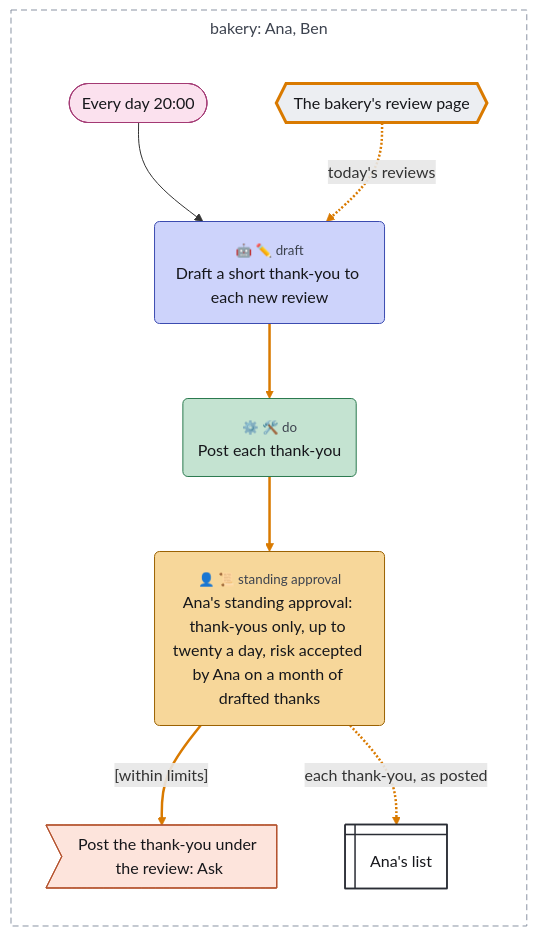
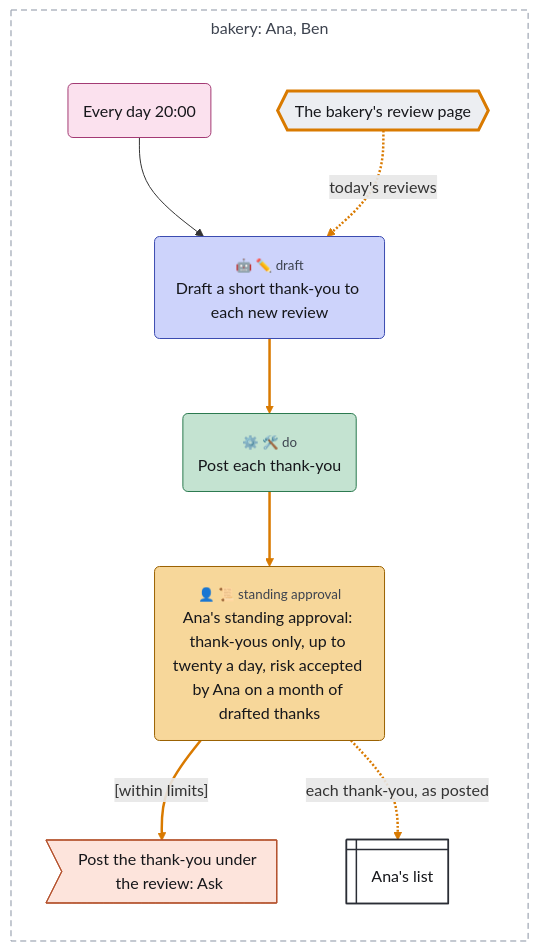
Before and after one commit to chrismdp/awml: the diagram in examples/tour/17-untrusted-risk-accepted.mmd, drawn with Mermaid. The commit also changed 91 other files, not shown here.

```diff
--- a/examples/tour/17-untrusted-risk-accepted.mmd
+++ b/examples/tour/17-untrusted-risk-accepted.mmd
@@ -1,49 +1,49 @@
 ---
 config:
   theme: default
   fontFamily: Inter, sans-serif
   flowchart:
     useMaxWidth: false
     subGraphTitleMargin:
       top: 6
       bottom: 30
 ---
 flowchart TB
   subgraph bakery["bakery#58; Ana#44; Ben"]
     direction TB
-    evening(["Every day 20#58;00"])
+    evening("Every day 20#58;00")
     reviews{{"The bakery#39;s review page"}}
     draft("<small style='color:rgb(61,67,79)'>🤖 ✏️ draft</small><br>Draft a short thank#45;you to each new review")
     post("<small style='color:rgb(61,67,79)'>⚙️ 🛠️ do</small><br>Post each thank#45;you")
     approval("<small style='color:rgb(61,67,79)'>👤 📜 standing approval</small><br>Ana#39;s standing approval#58; thank#45;yous only#44; up to twenty a day#44; risk accepted by Ana on a month of drafted thanks")
     reply>"Post the thank#45;you under the review#58; Ask"]
     list@{ shape: win-pane, label: "Ana#39;s list" }
   end
 
   evening --> draft
   reviews -.->|"today#39;s reviews"| draft
   draft --> post
   post --> approval
   approval -->|"#91;within limits#93;"| reply
   approval -.->|"each thank#45;you#44; as posted"| list
   classDef trig fill:#fbe1ee,stroke:#a33a74,color:#16171b
   classDef ctx fill:#e2eef9,stroke:#3d6fa3,color:#16171b
   classDef con fill:#eceef2,stroke:#5d6472,color:#16171b
   classDef surf fill:#ffffff,stroke:#2a2d35,stroke-width:1.5px,color:#16171b
   classDef out fill:#fde4dc,stroke:#b5532f,color:#16171b
   classDef ai fill:#cdd3fb,stroke:#3b4bb0,color:#16171b
   classDef code fill:#c4e3d1,stroke:#2b7a4f,color:#16171b
   classDef person fill:#f7d79a,stroke:#9a6100,color:#16171b
   classDef gap fill:#ffffff,stroke:#8a93a3,stroke-dasharray:4 3,color:#6b7280
   classDef untrusted stroke:#d97a00,stroke-width:3px
   classDef unstopped stroke:#d0342c,stroke-width:3px
   class evening trig
   class reviews con
   class list surf
   class reply out
   class draft ai
   class post code
   class approval person
   class reviews untrusted
   style bakery fill:transparent,stroke:#8a93a3,stroke-dasharray:6 4,color:#3d434f
   linkStyle 1,2,3,4,5 stroke:#d97a00,stroke-width:2.5px
```
